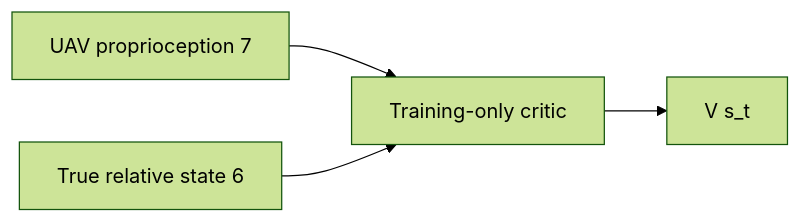
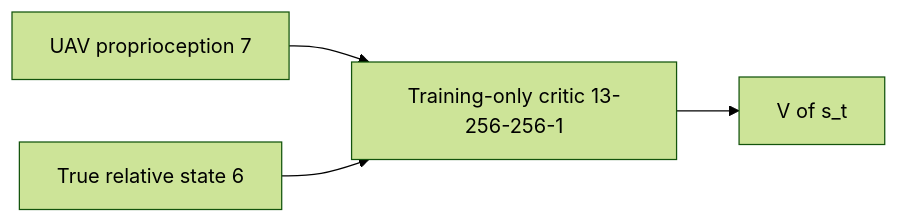
Before and after one commit to junsuk123/OntoReward-RL: the second of 2 diagrams in Ontology_RGAT_UAV_RL_ISAAC_PX4/docs/ARCHITECTURE.md, drawn with Mermaid (forest theme). The commit also changed other lines of this file and 12 other files, not shown here.

````diff
--- a/Ontology_RGAT_UAV_RL_ISAAC_PX4/docs/ARCHITECTURE.md
+++ b/Ontology_RGAT_UAV_RL_ISAAC_PX4/docs/ARCHITECTURE.md
@@ -102,6 +116,6 @@
 ```mermaid
 flowchart LR
-  UAV[UAV proprioception 7] --> C[Training-only critic]
+  UAV[UAV proprioception 7] --> C[Training-only critic 13-256-256-1]
   TRUTH[True relative state 6] --> C
-  C --> V[V s_t]
+  C --> V[V of s_t]
 ```
````
